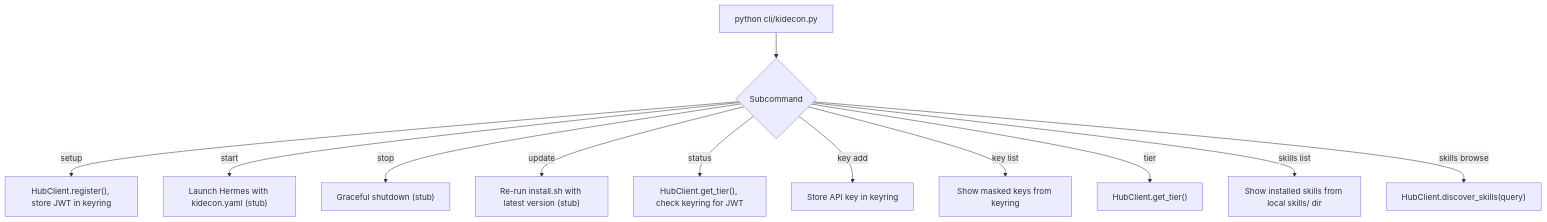
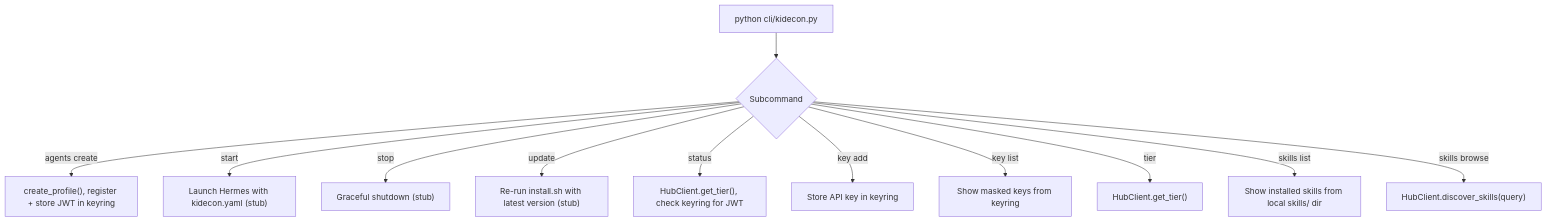
Before and after one commit to kideconomy/kidecon-agent: the eighth of 9 diagrams in docs/FLOW_CONTROL.md, drawn with Mermaid. The commit also changed other lines of this file and 11 other files, not shown here.

First line of the commit message:
refactor: split setup into authenticate + agents create; improve workspace UX

````diff
--- a/docs/FLOW_CONTROL.md
+++ b/docs/FLOW_CONTROL.md
@@ -209,15 +209,15 @@
 ```mermaid
 flowchart TD
     CLI_Entry["python cli/kidecon.py"] --> CMD{Subcommand}
 
-    CMD -->|setup| Setup["HubClient.register(), store JWT in keyring"]
+    CMD -->|agents create| Setup["create_profile(), register + store JWT in keyring"]
     CMD -->|start| Start["Launch Hermes with kidecon.yaml (stub)"]
     CMD -->|stop| Stop["Graceful shutdown (stub)"]
     CMD -->|update| Update["Re-run install.sh with latest version (stub)"]
     CMD -->|status| Status["HubClient.get_tier(), check keyring for JWT"]
     CMD -->|key add| KeyAdd["Store API key in keyring"]
     CMD -->|key list| KeyList["Show masked keys from keyring"]
     CMD -->|tier| Tier["HubClient.get_tier()"]
     CMD -->|skills list| SkillsList["Show installed skills from local skills/ dir"]
     CMD -->|skills browse| SkillsBrowse["HubClient.discover_skills(query)"]
 ```
````
